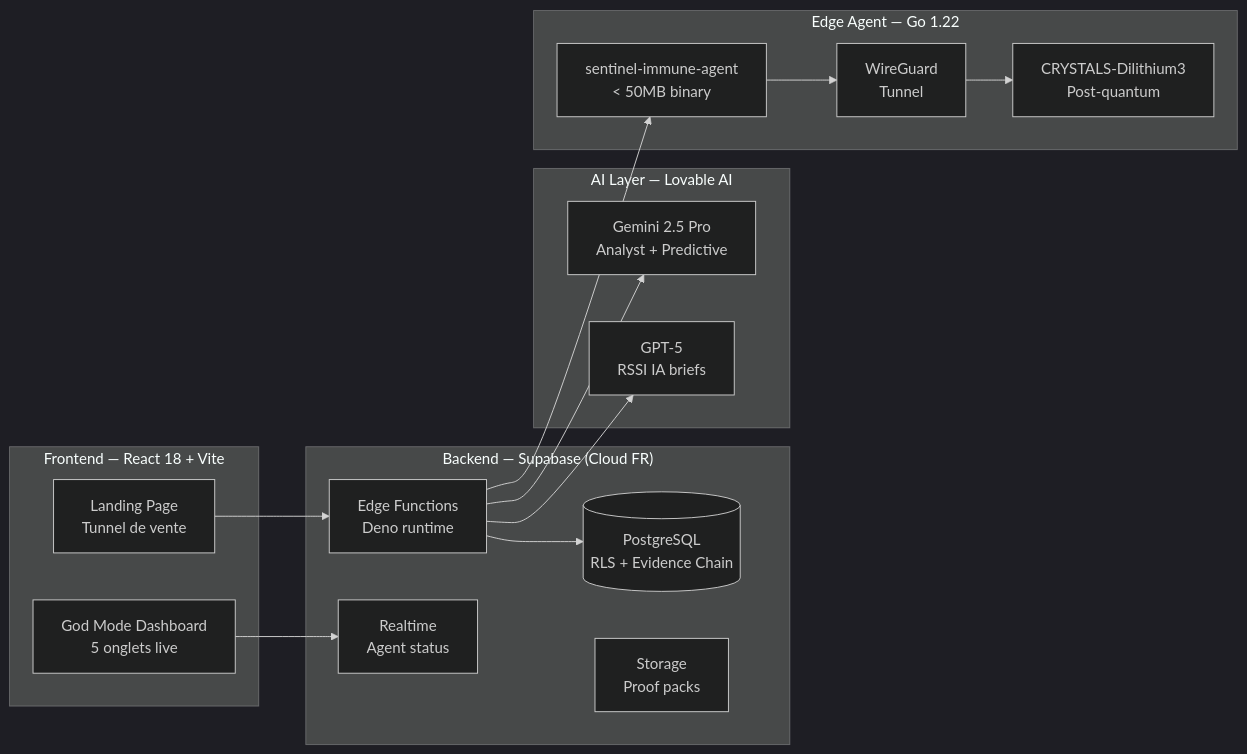
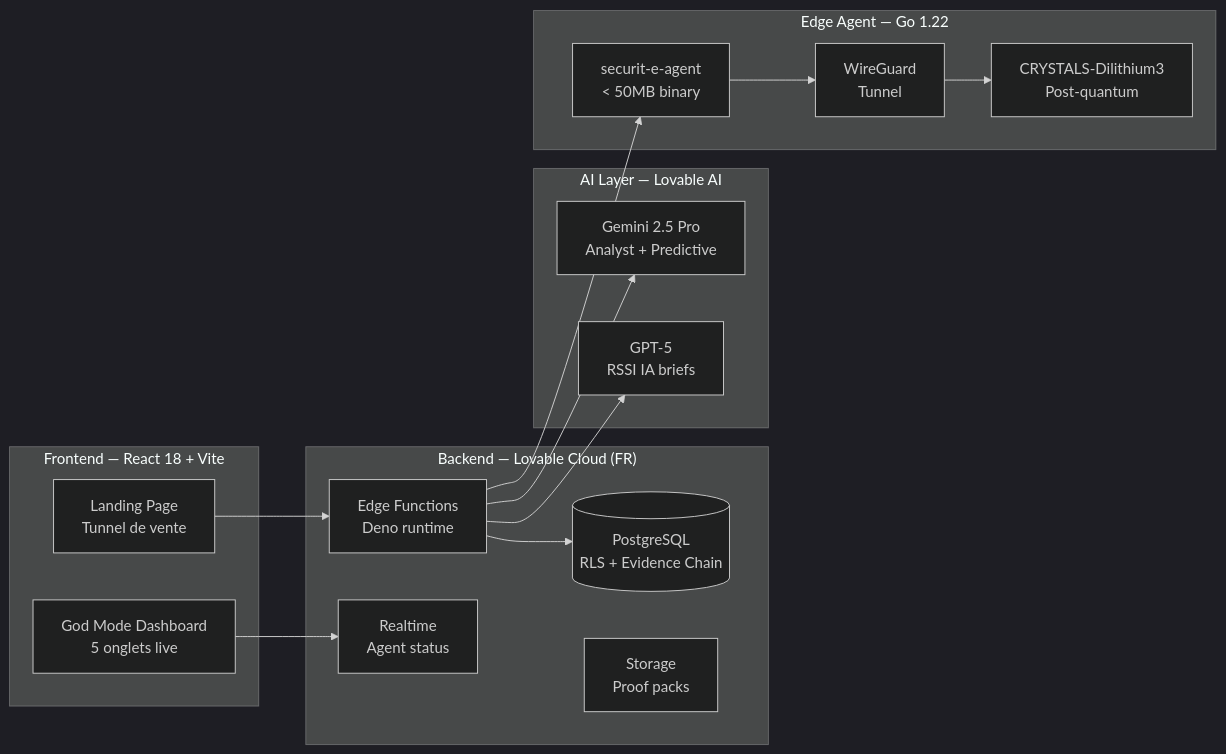
Before and after one commit to lemoalvivien-cmyk/edge-proof-keeper: the third of 3 diagrams in README.md, drawn with Mermaid (dark theme). The commit also changed other lines of this file and 8 other files, not shown here.

````diff
--- a/README.md
+++ b/README.md
@@ -118,32 +118,32 @@
 ```mermaid
 graph LR
     subgraph "Frontend — React 18 + Vite"
         UI["Landing Page<br/>Tunnel de vente"]
         DASH["God Mode Dashboard<br/>5 onglets live"]
     end
 
-    subgraph "Backend — Supabase (Cloud FR)"
+    subgraph "Backend — Lovable Cloud (FR)"
         DB[("PostgreSQL<br/>RLS + Evidence Chain")]
         EF["Edge Functions<br/>Deno runtime"]
         RT["Realtime<br/>Agent status"]
         ST["Storage<br/>Proof packs"]
     end
 
     subgraph "AI Layer — Lovable AI"
         G25["Gemini 2.5 Pro<br/>Analyst + Predictive"]
         GPT5["GPT-5<br/>RSSI IA briefs"]
     end
 
     subgraph "Edge Agent — Go 1.22"
-        AG["sentinel-immune-agent<br/>< 50MB binary"]
+        AG["securit-e-agent<br/>< 50MB binary"]
         WG["WireGuard<br/>Tunnel"]
         PQ["CRYSTALS-Dilithium3<br/>Post-quantum"]
     end
 
     UI --> EF
     DASH --> RT
     EF --> DB
     EF --> G25 & GPT5
     EF --> AG
     AG --> WG --> PQ
 ```
````
